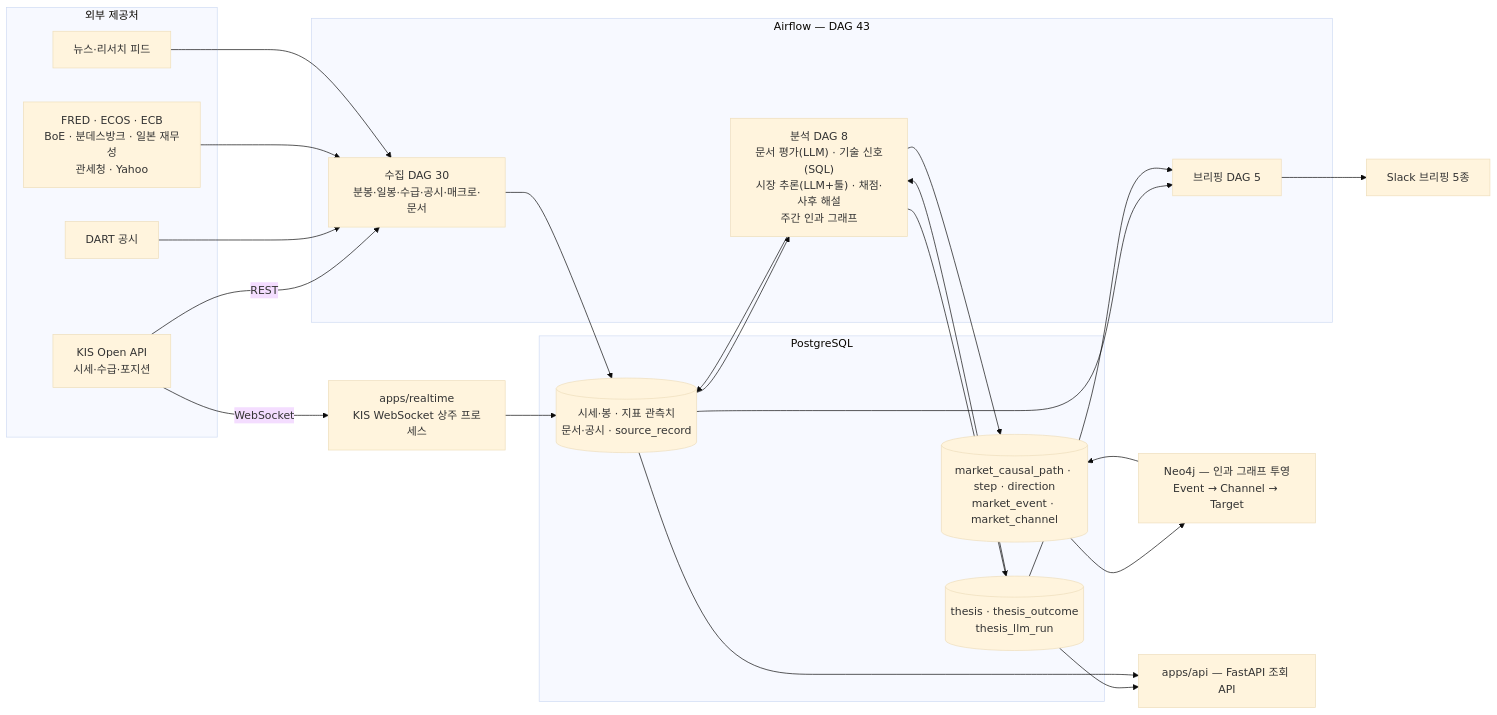
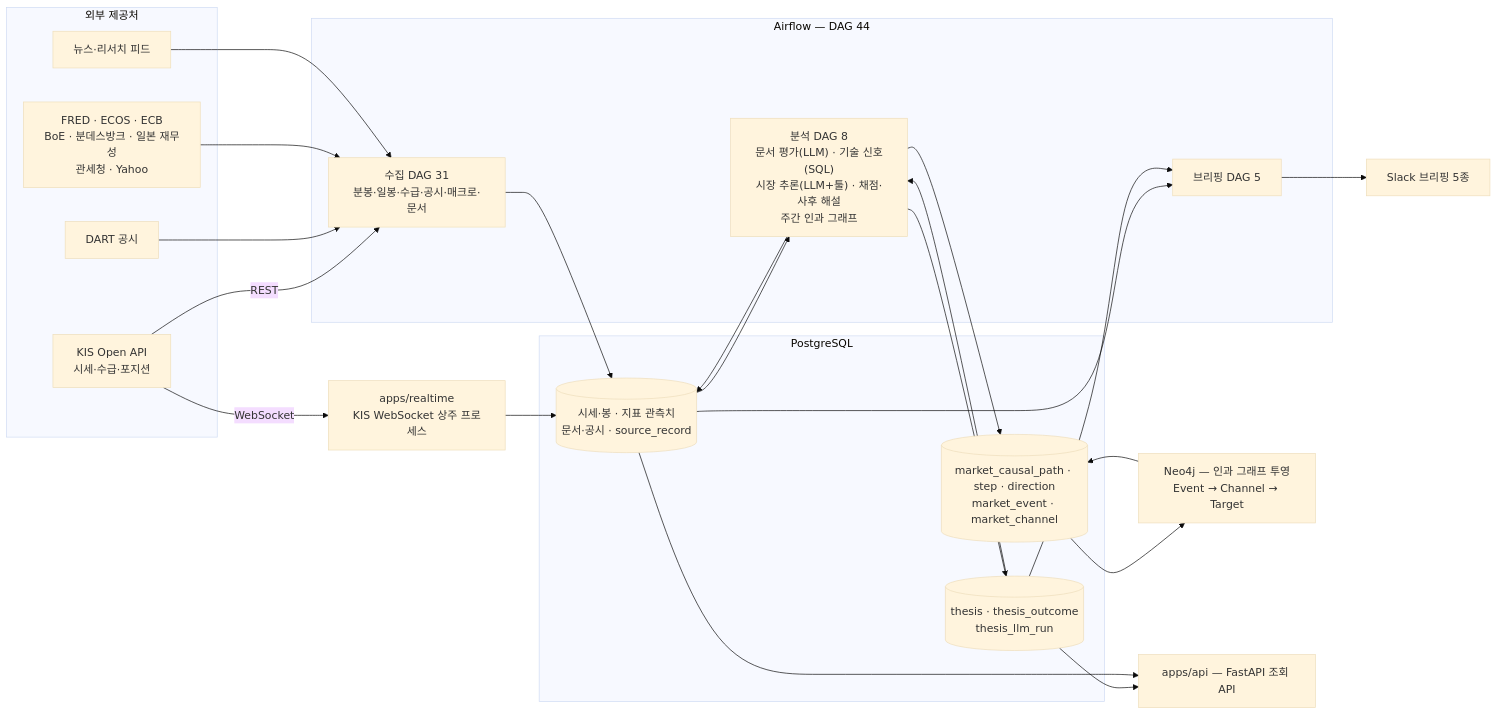
The diagram in README.md (6691a/finance), drawn with Mermaid (base theme) before and after one commit. The commit also changed other lines of this file and 13 other files, not shown here.

````diff
--- a/README.md
+++ b/README.md
@@ -29,50 +29,50 @@
 ```mermaid
 flowchart LR
     subgraph EXT["외부 제공처"]
         KIS["KIS Open API<br/>시세·수급·포지션"]
         DART["DART 공시"]
         MACRO["FRED · ECOS · ECB<br/>BoE · 분데스방크 · 일본 재무성<br/>관세청 · Yahoo"]
         FEED["뉴스·리서치 피드"]
     end
 
-    subgraph AF["Airflow — DAG 43"]
-        COL["수집 DAG 30<br/>분봉·일봉·수급·공시·매크로·문서"]
+    subgraph AF["Airflow — DAG 44"]
+        COL["수집 DAG 31<br/>분봉·일봉·수급·공시·매크로·문서"]
         ANA["분석 DAG 8<br/>문서 평가(LLM) · 기술 신호(SQL)<br/>시장 추론(LLM+툴) · 채점·사후 해설<br/>주간 인과 그래프"]
         BRF["브리핑 DAG 5"]
     end
 
     RT["apps/realtime<br/>KIS WebSocket 상주 프로세스"]
 
     subgraph DB["PostgreSQL"]
         FACT[("시세·봉 · 지표 관측치<br/>문서·공시 · source_record")]
         THESIS[("thesis · thesis_outcome<br/>thesis_llm_run")]
         CAUSAL[("market_causal_path · step · direction<br/>market_event · market_channel")]
     end
 
     GRAPH["Neo4j — 인과 그래프 투영<br/>Event → Channel → Target"]
 
     SLACK["Slack 브리핑 5종"]
     API["apps/api — FastAPI 조회 API"]
 
     KIS -->|REST| COL
     DART --> COL
     MACRO --> COL
     FEED --> COL
     KIS -->|WebSocket| RT
 
     COL --> FACT
     RT --> FACT
     FACT --> ANA
     ANA --> FACT
     ANA --> THESIS
     THESIS --> ANA
     ANA --> CAUSAL
     CAUSAL --> GRAPH
     GRAPH --> CAUSAL
 
     FACT --> BRF
     THESIS --> BRF
     BRF --> SLACK
     THESIS --> API
     FACT --> API
 ```
````
